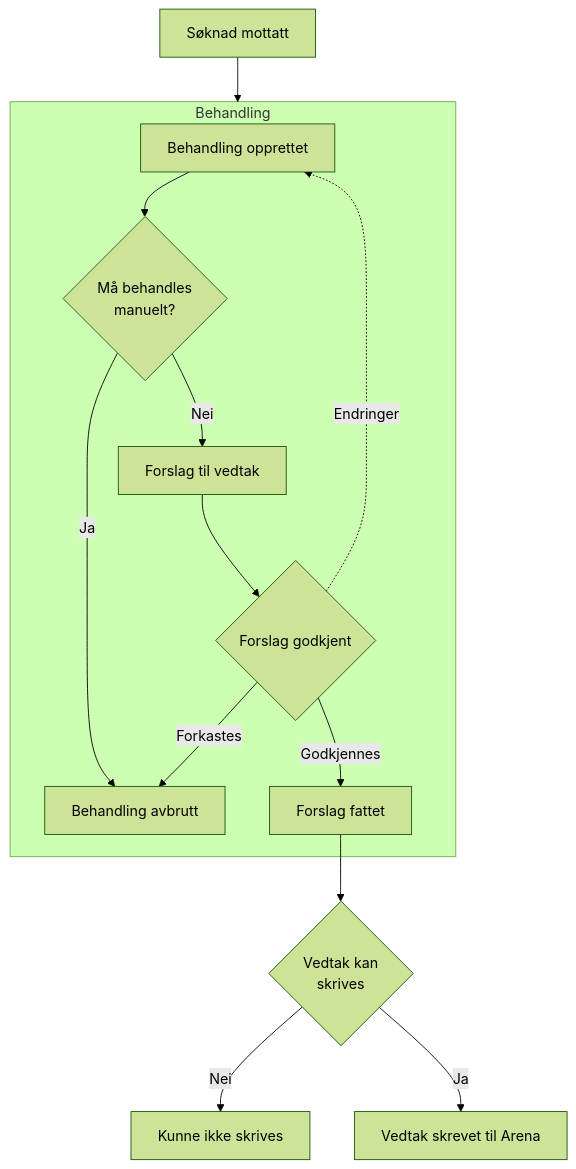
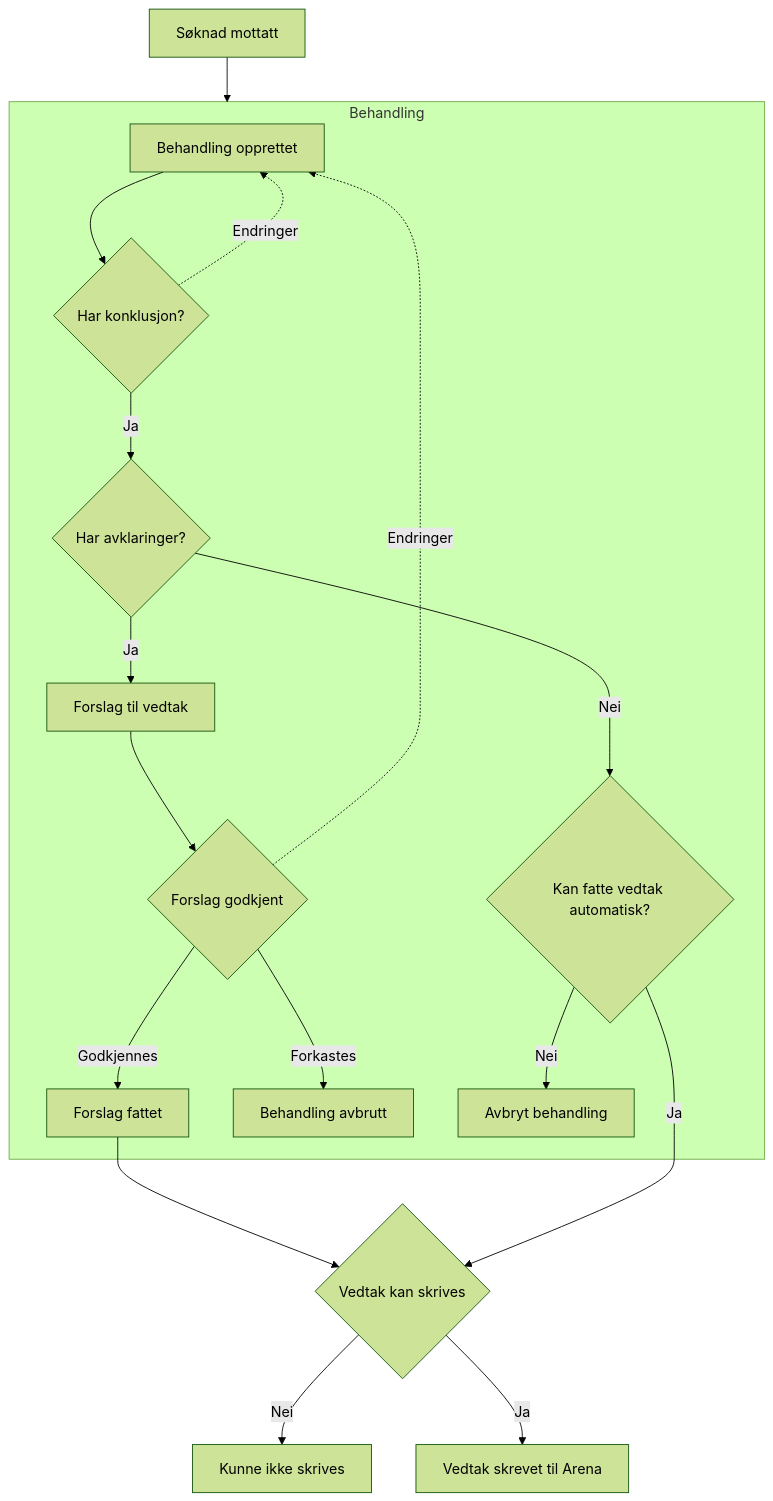
One commit to navikt/dp-vedtak changed the first of 2 diagrams in docs/README.md. Above: the diagram before and after it, drawn with Mermaid (forest theme). The commit also changed other lines of this file and 11 other files, not shown here.

Commit message:
Refaktorering og test av konklusjonsstrategi. Endret flytdiagrammet til å ta med avklaringer og konklusjoner.

````diff
--- a/docs/README.md
+++ b/docs/README.md
@@ -11,41 +55,53 @@
 ```mermaid
 graph TD;
-    A["Søknad mottatt"]
-    B["Behandling opprettet"]
-    D["Forslag fattet"]
-    E["Vedtak skrevet til Arena"]
+    Mottatt["Søknad mottatt"]
+    Opprettet["Behandling opprettet"]
+    ForslagFattet["Forslag fattet"]
+    SkrevetTilArena["Vedtak skrevet til Arena"]
 
-    A --> Behandling
-    D --> X3
+    Mottatt --> Behandling
+    ForslagFattet --> VedtakKanSkrive
 
-    C["Forslag til vedtak"]
-    C1["Behandling avbrutt"]
+    ForslagTilVedtak["Forslag til vedtak"]
+    BehandlingAvbrutt["Behandling avbrutt"]
 
-    X1{"Må behandles 
-      manuelt?"}
-B --> X1
-X1 -->|Ja| C1
-X1 -->|Nei| C
+    Konklusjon{"Har konklusjon?"}
+    Opprettet --> Konklusjon
+    Konklusjon -->|Ja| Avklaring
+    Konklusjon -.->|Endringer| Opprettet
+    
+    Avklaring{"Har avklaringer?"}
+    Avklaring -->|Ja| ForslagTilVedtak
+    Avklaring -->|Nei| KanFatteVedtak
+    
+    
+    Forslag{"Forslag godkjent"}
+    ForslagTilVedtak --> Forslag
+    Forslag -->|Forkastes| BehandlingAvbrutt
+    Forslag -->|Godkjennes| ForslagFattet
+    Forslag -.->|Endringer| Opprettet
+    
+    VedtakKanSkrive{"Vedtak kan skrives"}
+    VedtakKanSkrive -->|Nei| KunneIkkeSkrive
+    VedtakKanSkrive -->|Ja| SkrevetTilArena
+    
+    KanFatteVedtak{"Kan fatte vedtak automatisk?"}
+    KanFatteVedtak -->|Ja| VedtakKanSkrive
+    KanFatteVedtak -->|Nei| Avbryt
+    
+    Avbryt["Avbryt behandling"]
 
-X2{"Forslag godkjent"}
-C --> X2
-X2 -->|Forkastes| C1
-X2 -->|Godkjennes| D
-X2 -.->|Endringer| B
-
-X3{"Vedtak kan
-skrives"}
-X3 -->|Nei| E1
-X3 -->|Ja| E
-
-E1["Kunne ikke skrives"]
-
-subgraph Behandling
-B
-X1
-X2
-C
-C1
-D
-end
+    KunneIkkeSkrive["Kunne ikke skrives"]
+    
+    subgraph Behandling
+        Opprettet
+        Avklaring
+        Forslag
+        Konklusjon
+        ForslagTilVedtak
+        BehandlingAvbrutt
+        ForslagFattet
+        KanFatteVedtak
+        Avbryt
+    end
 ```
````
